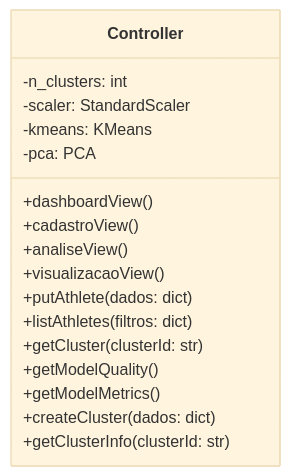
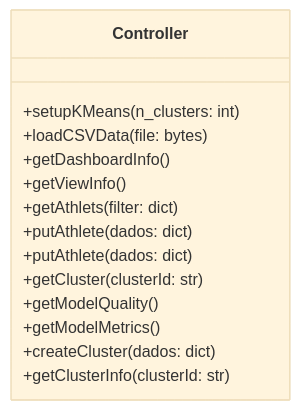
One commit to LeoGotardo/phisics changed the diagram in docs/classDiagram.mmd. Above: the diagram before and after it, drawn with Mermaid (base theme). The commit also changed 13 other files, not shown here.

```diff
--- a/docs/classDiagram.mmd
+++ b/docs/classDiagram.mmd
@@ -1,18 +1,15 @@
 classDiagram
     class Controller {
-        -n_clusters: int
-        -scaler: StandardScaler
-        -kmeans: KMeans
-        -pca: PCA
-        +dashboardView()
-        +cadastroView()
-        +analiseView()
-        +visualizacaoView()
+        +setupKMeans(n_clusters: int)
+        +loadCSVData(file: bytes)
+        +getDashboardInfo()
+        +getViewInfo()
+        +getAthlets(filter: dict)
         +putAthlete(dados: dict)
-        +listAthletes(filtros: dict)
+        +putAthlete(dados: dict)
         +getCluster(clusterId: str)
         +getModelQuality()
         +getModelMetrics()
         +createCluster(dados: dict)
         +getClusterInfo(clusterId: str)
     }
```
